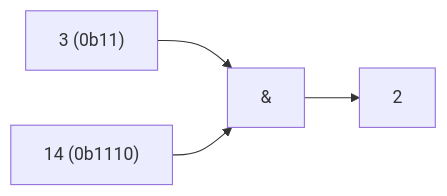
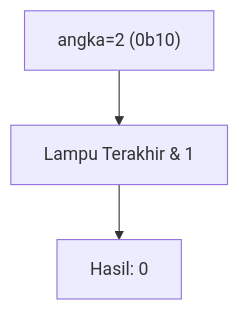
Diagram 15 of 25 in part-c-pemahaman-cpp/06-bitwise/latihan/set-06.md (amnahwaida/OSNK_INF_PREP), drawn with Mermaid before and after one commit. The commit also changed other lines of this file and 71 other files, not shown here.

````diff
--- a/part-c-pemahaman-cpp/06-bitwise/latihan/set-06.md
+++ b/part-c-pemahaman-cpp/06-bitwise/latihan/set-06.md
@@ -392,6 +402,5 @@
 ```mermaid
-graph LR
-A["3 (0b11)"] --> C["&"]
-B["14 (0b1110)"] --> C
-C --> D["2"]
+graph TD
+A["angka=2 (0b10)"] --> B["Lampu Terakhir & 1"]
+B --> C["Hasil: 0"]
 ```
````
